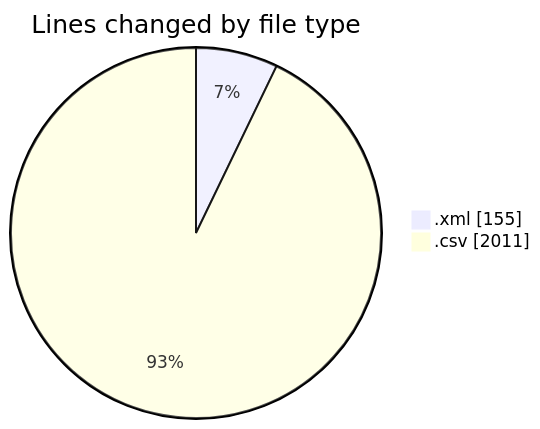
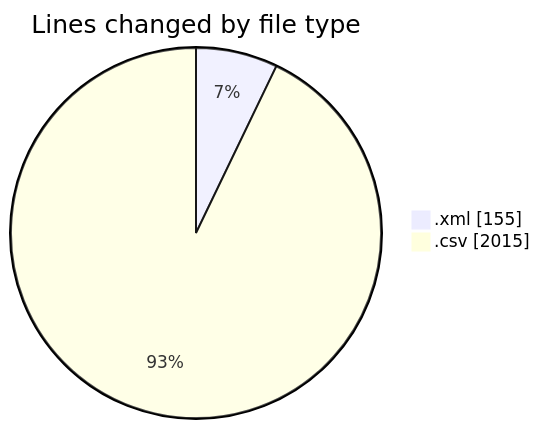
One commit to ricardozamudiocil/code-tracking changed the first of 2 diagrams in 2026-06-04/cilapp/README.md. Above: the diagram before and after it, drawn with Mermaid. The commit also changed other lines of this file and 1 other file, not shown here.

````diff
--- a/2026-06-04/cilapp/README.md
+++ b/2026-06-04/cilapp/README.md
@@ -21,6 +22,6 @@
 ```mermaid
 pie showData
 title Lines changed by file type
 ".xml" : 155
-".csv" : 2011
+".csv" : 2015
 ```
````
